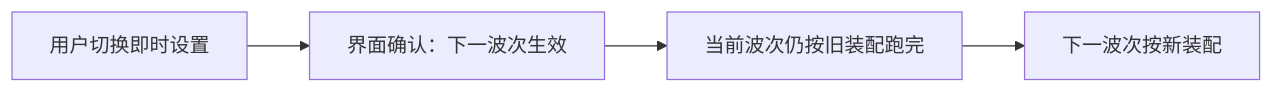
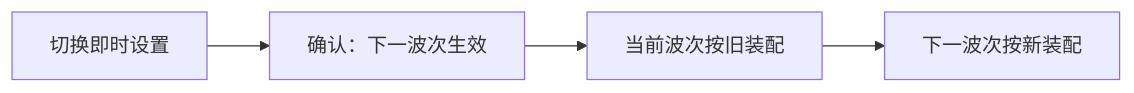
Before and after one commit to StrayDragon/xylitol: the diagram in docs/roadmaps/运行时即时设置.md, drawn with Mermaid. The commit also changed other lines of this file and 31 other files, not shown here.

````diff
--- a/docs/roadmaps/运行时即时设置.md
+++ b/docs/roadmaps/运行时即时设置.md
@@ -25,6 +23,6 @@
 ```mermaid
 flowchart LR
-  Now["用户切换即时设置"] --> Ack["界面确认：下一波次生效"]
-  Ack --> Wave["当前波次仍按旧装配跑完"]
+  Now["切换即时设置"] --> Ack["确认：下一波次生效"]
+  Ack --> Wave["当前波次按旧装配"]
   Wave --> Next["下一波次按新装配"]
 ```
````
